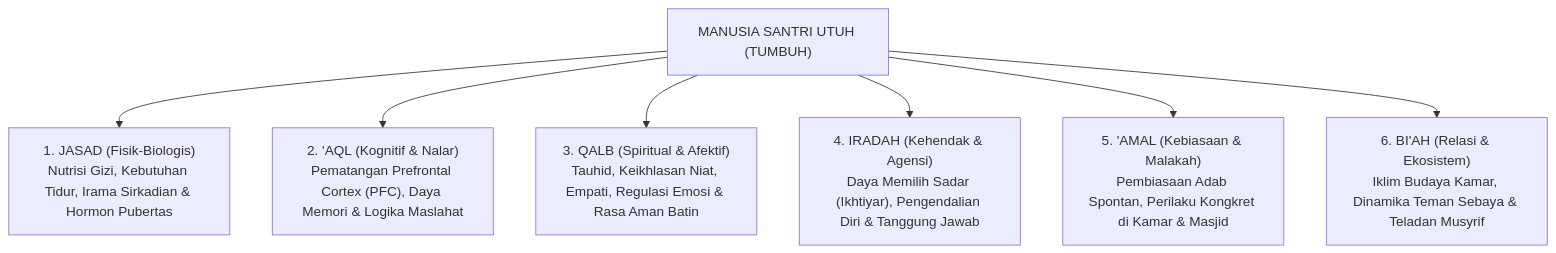
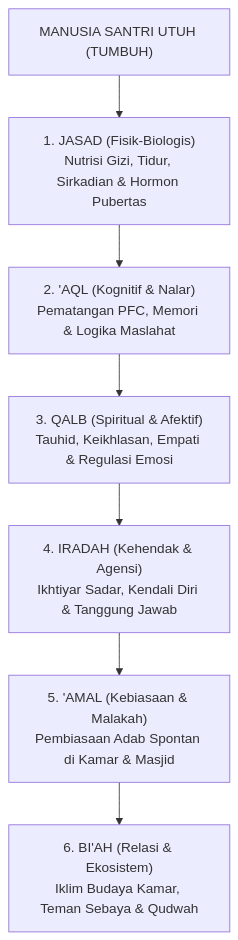
One commit to wandiapriliyandi/tumbuh changed the fourth of 6 diagrams in BOOK Series 1/01-The-Fundamental-of-TUMBUH/Bab-04-Antropologi-Jiwa-Santri-Hakikat-Fitrah-dan-Komponen-Kejiwaan.md. Above: the diagram before and after it, drawn with Mermaid. The commit also changed other lines of this file and 35 other files, not shown here.

Commit message:
fix(book-01): optimasi keterbacaan diagram mermaid pada seluruh bab dan perbarui 20 file PDF

````diff
--- a/BOOK Series 1/01-The-Fundamental-of-TUMBUH/Bab-04-Antropologi-Jiwa-Santri-Hakikat-Fitrah-dan-Komponen-Kejiwaan.md
+++ b/BOOK Series 1/01-The-Fundamental-of-TUMBUH/Bab-04-Antropologi-Jiwa-Santri-Hakikat-Fitrah-dan-Komponen-Kejiwaan.md
@@ -146,11 +143,11 @@
 ```mermaid
 graph TD
     A["MANUSIA SANTRI UTUH (TUMBUH)"]
     
-    A --> D1["1. JASAD (Fisik-Biologis)<br/>Nutrisi Gizi, Kebutuhan Tidur, Irama Sirkadian & Hormon Pubertas"]
-    A --> D2["2. 'AQL (Kognitif & Nalar)<br/>Pematangan Prefrontal Cortex (PFC), Daya Memori & Logika Maslahat"]
-    A --> D3["3. QALB (Spiritual & Afektif)<br/>Tauhid, Keikhlasan Niat, Empati, Regulasi Emosi & Rasa Aman Batin"]
-    A --> D4["4. IRADAH (Kehendak & Agensi)<br/>Daya Memilih Sadar (Ikhtiyar), Pengendalian Diri & Tanggung Jawab"]
-    A --> D5["5. 'AMAL (Kebiasaan & Malakah)<br/>Pembiasaan Adab Spontan, Perilaku Kongkret di Kamar & Masjid"]
-    A --> D6["6. BI'AH (Relasi & Ekosistem)<br/>Iklim Budaya Kamar, Dinamika Teman Sebaya & Teladan Musyrif"]
+    A --> D1["1. JASAD (Fisik-Biologis)<br/>Nutrisi Gizi, Tidur, Sirkadian & Hormon Pubertas"]
+    D1 --> D2["2. 'AQL (Kognitif & Nalar)<br/>Pematangan PFC, Memori & Logika Maslahat"]
+    D2 --> D3["3. QALB (Spiritual & Afektif)<br/>Tauhid, Keikhlasan, Empati & Regulasi Emosi"]
+    D3 --> D4["4. IRADAH (Kehendak & Agensi)<br/>Ikhtiyar Sadar, Kendali Diri & Tanggung Jawab"]
+    D4 --> D5["5. 'AMAL (Kebiasaan & Malakah)<br/>Pembiasaan Adab Spontan di Kamar & Masjid"]
+    D5 --> D6["6. BI'AH (Relasi & Ekosistem)<br/>Iklim Budaya Kamar, Teman Sebaya & Qudwah"]
 ```
````
